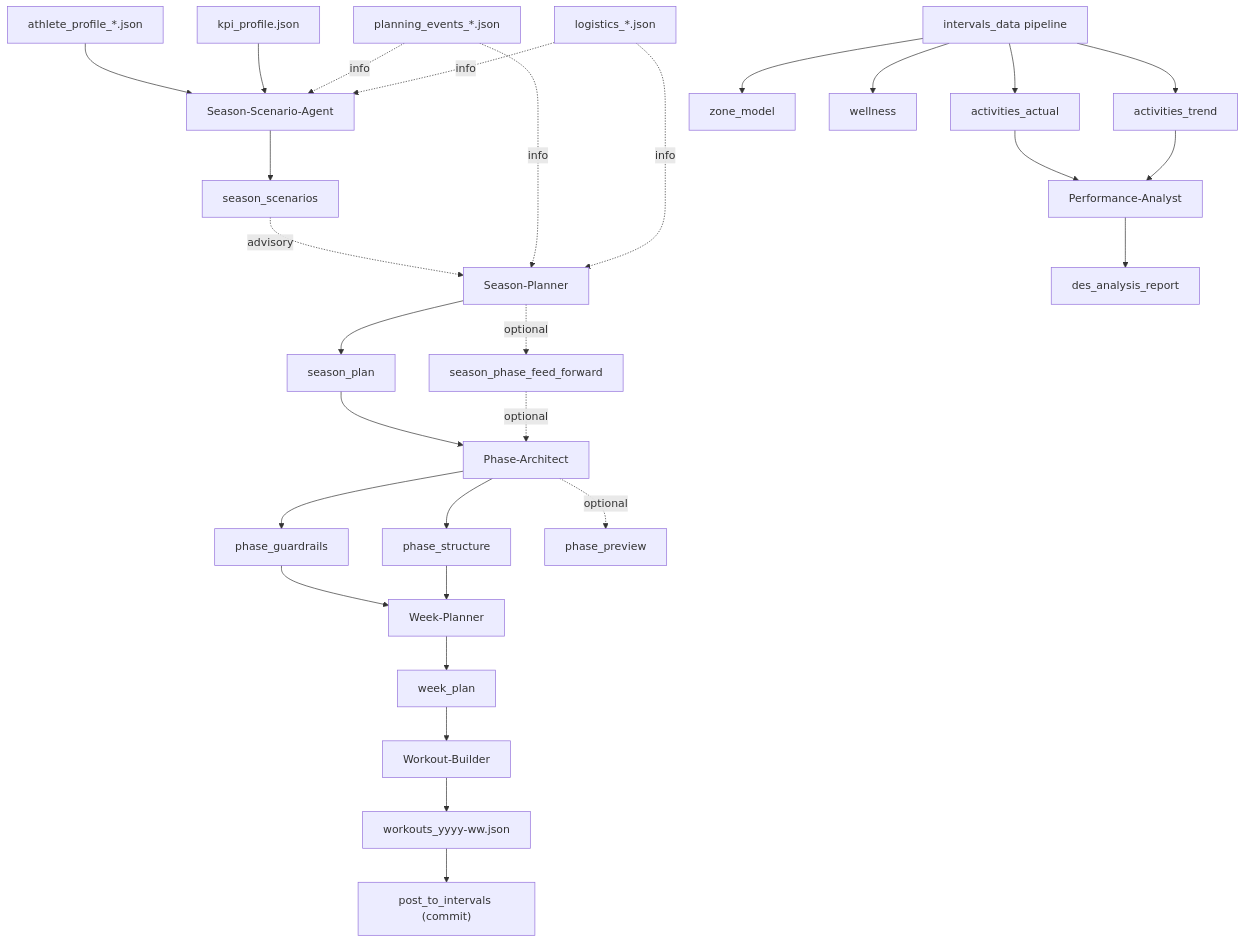
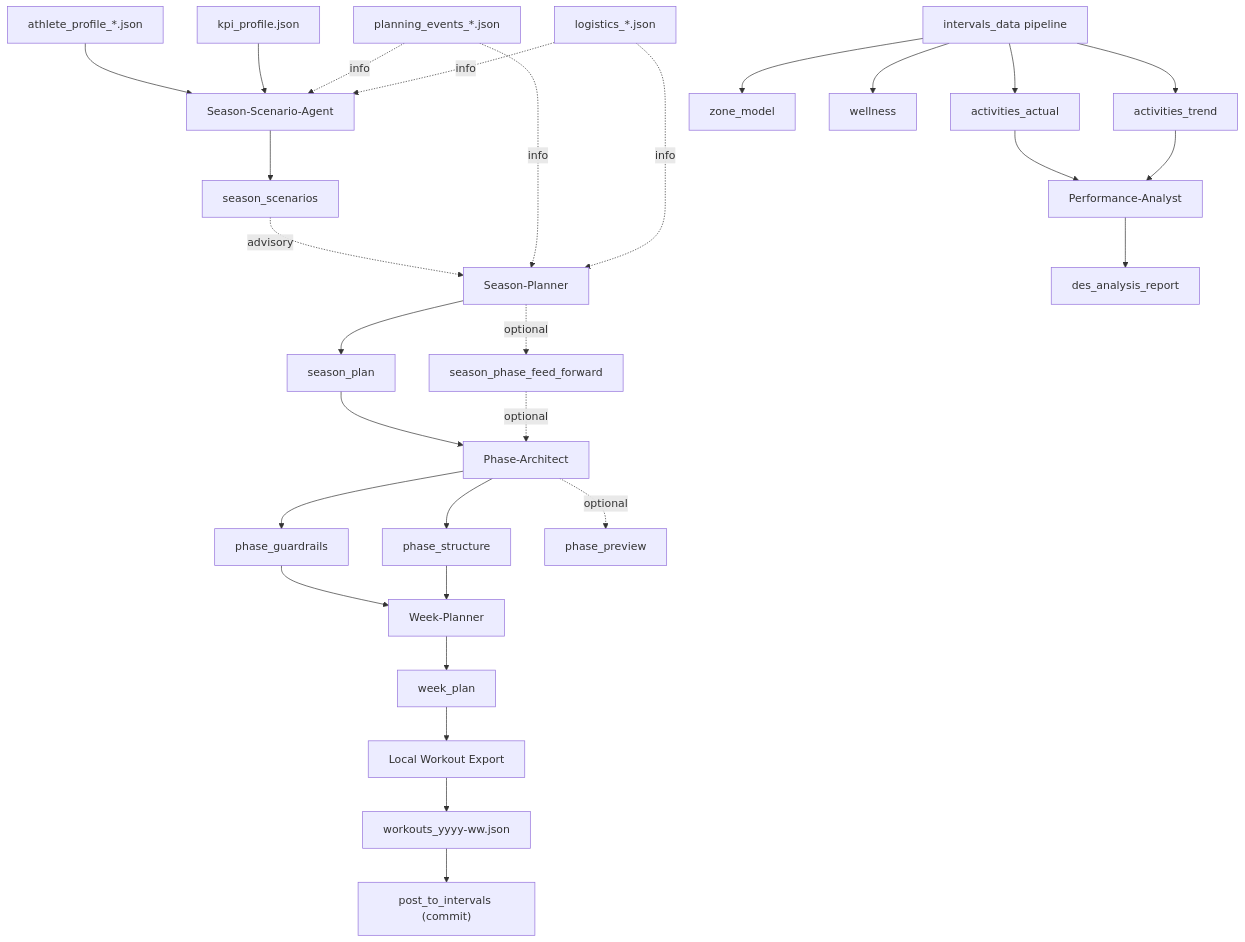
One commit to albauer-priv/RPS changed the diagram in doc/overview/how_to_plan.md. Above: the diagram before and after it, drawn with Mermaid. The commit also changed 15 other files, not shown here.

Commit message:
refactor: remove legacy workout builder agent

````diff
--- a/doc/overview/how_to_plan.md
+++ b/doc/overview/how_to_plan.md
@@ -81,35 +81,35 @@
 ```mermaid
 flowchart TD
   AP["athlete_profile_*.json"] --> SS["Season-Scenario-Agent"]
   KP["kpi_profile.json"] --> SS
   SS --> SC[season_scenarios]
   SC -. advisory .-> SEASON["Season-Planner"]
   PE["planning_events_*.json"] -. info .-> SS
   PE -. info .-> SEASON
   LG["logistics_*.json"] -. info .-> SS
   LG -. info .-> SEASON
 
   SEASON --> SP[season_plan]
   SEASON -. optional .-> SPFF[season_phase_feed_forward]
 
   SP --> PHASE["Phase-Architect"]
   SPFF -. optional .-> PHASE
   PHASE --> PG[phase_guardrails]
   PHASE --> PS[phase_structure]
   PHASE -. optional .-> PP[phase_preview]
 
   PG --> WEEK["Week-Planner"]
   PS --> WEEK
   WEEK --> WP[week_plan]
-  WP --> WB["Workout-Builder"]
+  WP --> WB["Local Workout Export"]
   WB --> WJ["workouts_yyyy-ww.json"]
   WJ --> POST["post_to_intervals (commit)"]
 
   DP["intervals_data pipeline"] --> AA[activities_actual]
   DP --> AT[activities_trend]
   DP --> ZM[zone_model]
   DP --> WL[wellness]
   AA --> PA["Performance-Analyst"]
   AT --> PA
   PA --> DR[des_analysis_report]
 ```
````
